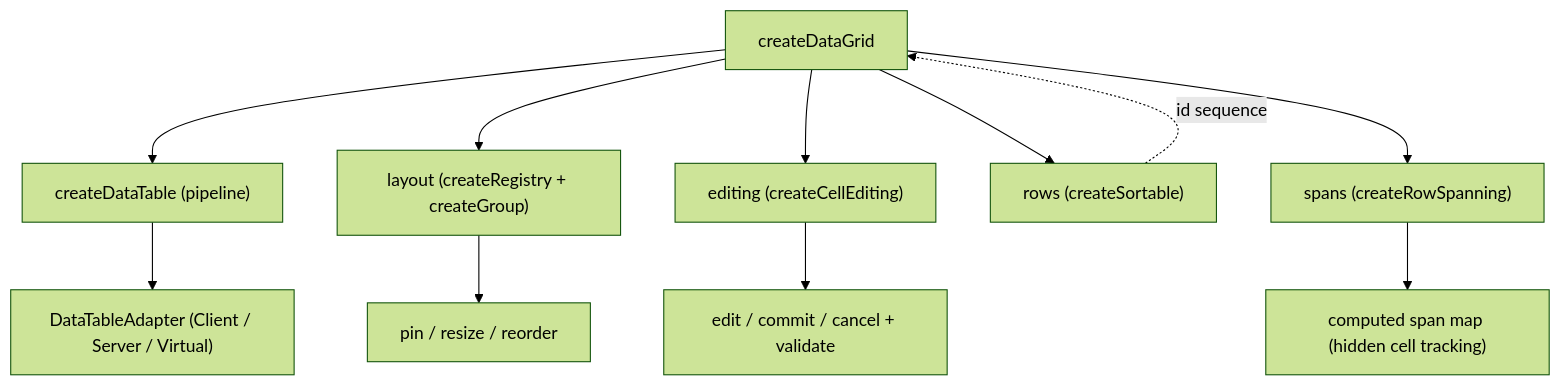
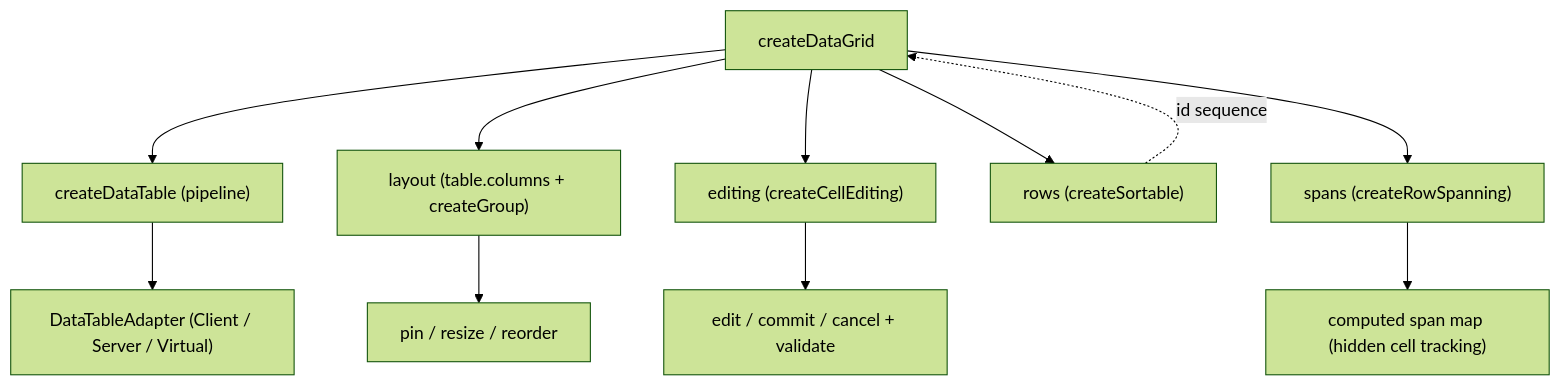
One commit to vuetifyjs/0 changed the first of 2 diagrams in apps/docs/src/pages/composables/data/create-data-grid.md. Above: the diagram before and after it, drawn with Mermaid (forest theme). The commit also changed other lines of this file and 3 other files, not shown here.

First line of the commit message:
refactor(createDataGrid): drop parallel column registry; layout reads table.columns

````diff
--- a/apps/docs/src/pages/composables/data/create-data-grid.md
+++ b/apps/docs/src/pages/composables/data/create-data-grid.md
@@ -72,13 +72,13 @@
 ```mermaid "createDataGrid Architecture"
 flowchart TD
   createDataGrid:::primary --> table["createDataTable (pipeline)"]
-  createDataGrid --> layout["layout (createRegistry + createGroup)"]
+  createDataGrid --> layout["layout (table.columns + createGroup)"]
   createDataGrid --> editing["editing (createCellEditing)"]
   createDataGrid --> ordering["rows (createSortable)"]
   createDataGrid --> spanning["spans (createRowSpanning)"]
   table --> adapter["DataTableAdapter (Client / Server / Virtual)"]
   ordering -. "id sequence" .-> createDataGrid
   layout --> pin["pin / resize / reorder"]
   editing --> edit["edit / commit / cancel + validate"]
   spanning --> span["computed span map (hidden cell tracking)"]
 ```
````
